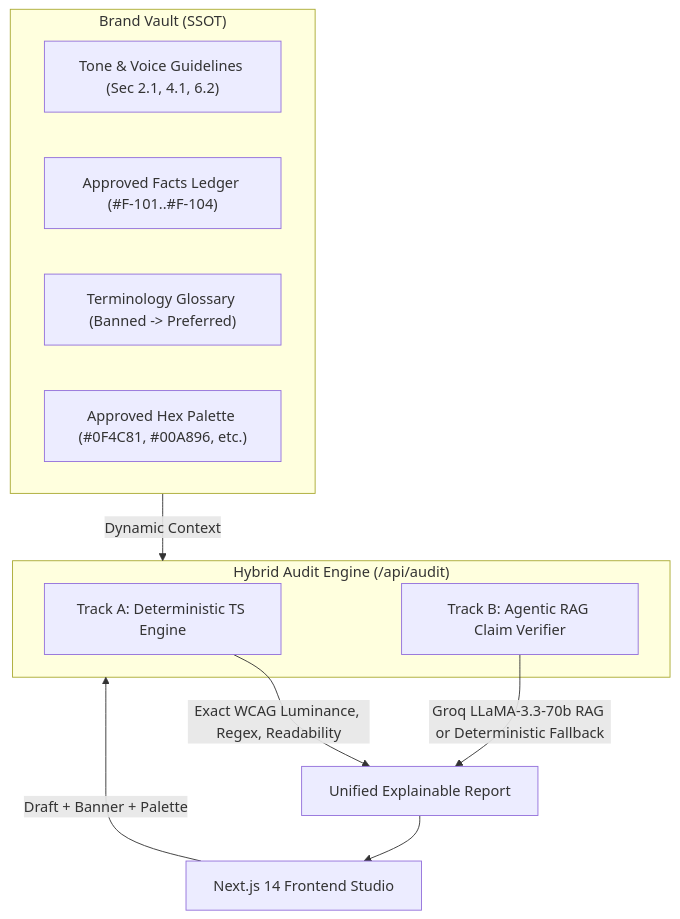
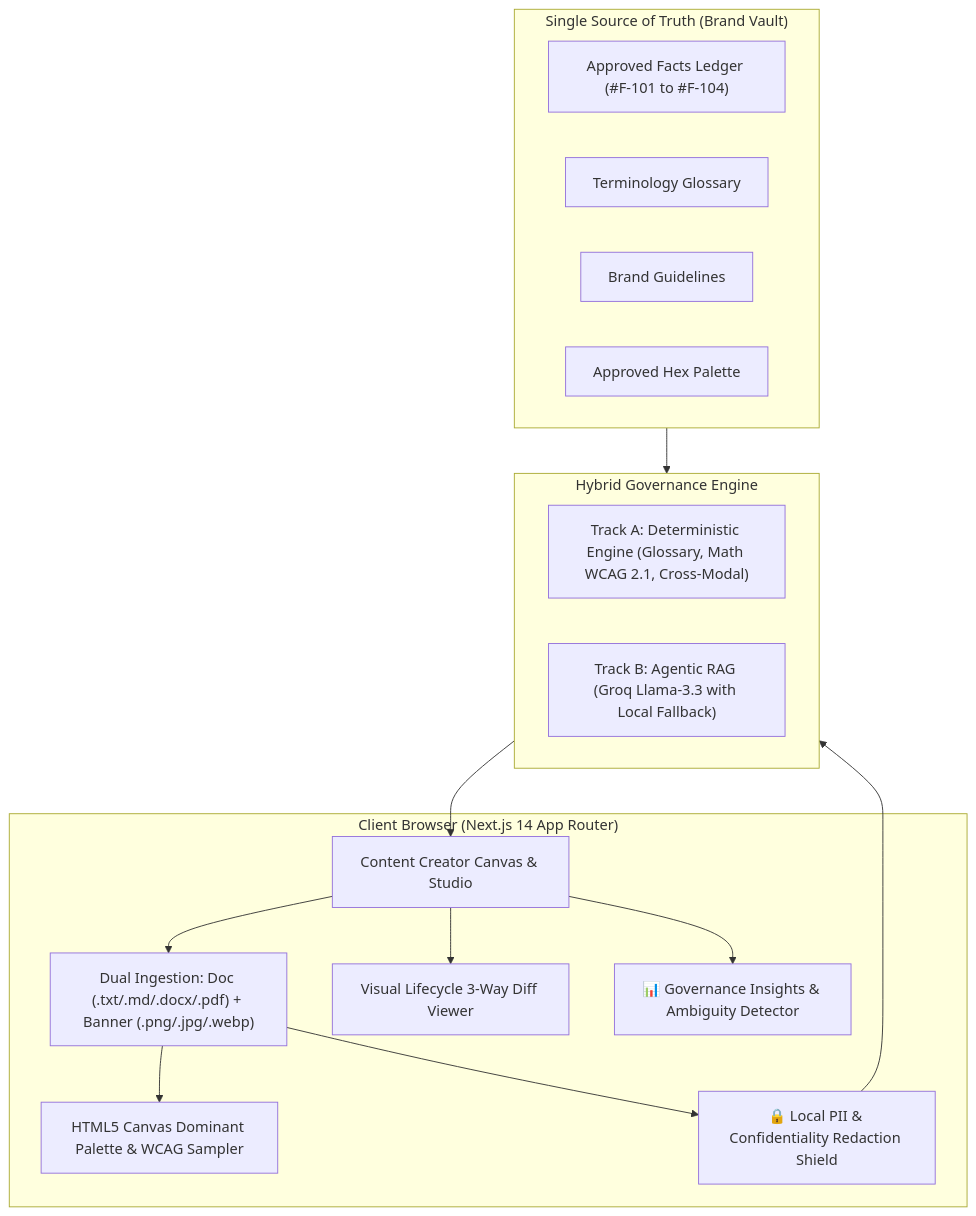
The diagram in README.md (SURESH-S1/seadra-guard), drawn with Mermaid before and after one commit. The commit also changed other lines of this file and 31 other files, not shown here.

````diff
--- a/README.md
+++ b/README.md
@@ -49,24 +82,31 @@
 ```mermaid
 flowchart TD
-    Client["Next.js 14 Frontend Studio"]
-    
-    subgraph CoreEngine["Hybrid Audit Engine (/api/audit)"]
-        TrackA["Track A: Deterministic TS Engine"]
-        TrackB["Track B: Agentic RAG Claim Verifier"]
+    subgraph Client ["Client Browser (Next.js 14 App Router)"]
+        UI["Content Creator Canvas & Studio"]
+        Dropzone["Dual Ingestion: Doc (.txt/.md/.docx/.pdf) + Banner (.png/.jpg/.webp)"]
+        CanvasSampler["HTML5 Canvas Dominant Palette & WCAG Sampler"]
+        Shield["🔒 Local PII & Confidentiality Redaction Shield"]
+        Diff["Visual Lifecycle 3-Way Diff Viewer"]
+        Insights["📊 Governance Insights & Ambiguity Detector"]
     end
-    
-    subgraph BrandVault["Brand Vault (SSOT)"]
-        Guidelines["Tone & Voice Guidelines (Sec 2.1, 4.1, 6.2)"]
-        Facts["Approved Facts Ledger (#F-101..#F-104)"]
-        Glossary["Terminology Glossary (Banned -> Preferred)"]
-        Palette["Approved Hex Palette (#0F4C81, #00A896, etc.)"]
+
+    subgraph DualTrack ["Hybrid Governance Engine"]
+        TrackA["Track A: Deterministic Engine (Glossary, Math WCAG 2.1, Cross-Modal)"]
+        TrackB["Track B: Agentic RAG (Groq Llama-3.3 with Local Fallback)"]
     end
-    
-    Client -->|Draft + Banner + Palette| CoreEngine
-    BrandVault -->|Dynamic Context| CoreEngine
-    
-    TrackA -->|Exact WCAG Luminance, Regex, Readability| Results["Unified Explainable Report"]
-    TrackB -->|Groq LLaMA-3.3-70b RAG or Deterministic Fallback| Results
-    
-    Results --> Client
+
+    subgraph Vault ["Single Source of Truth (Brand Vault)"]
+        Facts["Approved Facts Ledger (#F-101 to #F-104)"]
+        Glossary["Terminology Glossary"]
+        Guidelines["Brand Guidelines"]
+        Palette["Approved Hex Palette"]
+    end
+
+    UI --> Dropzone --> Shield
+    Dropzone --> CanvasSampler
+    Shield --> DualTrack
+    Vault --> DualTrack
+    DualTrack --> UI
+    UI --> Diff
+    UI --> Insights
 ```
````
